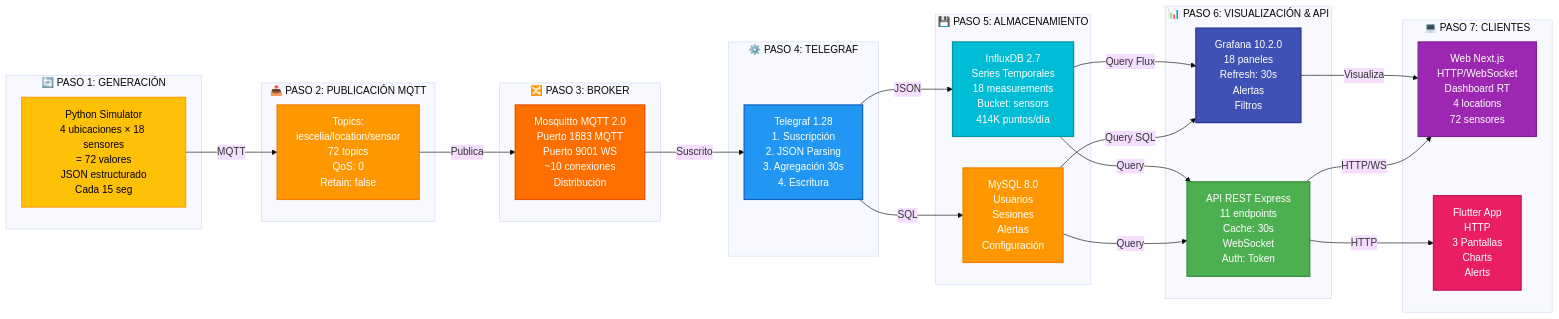
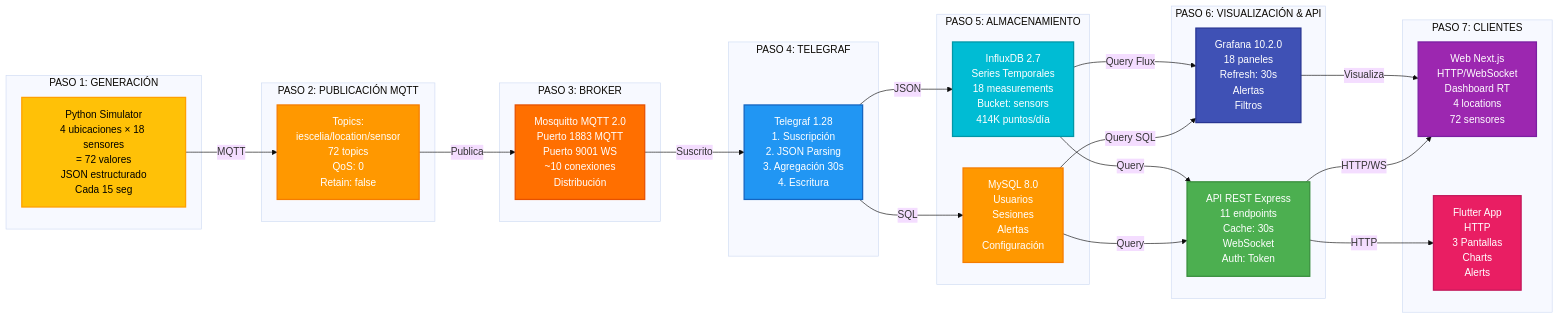
The second of 3 diagrams in documentacion/DOCUMENTACION-FINAL-PROYECTO-MEDUSSE-IoT.md (Fralopala2/medusse-show), drawn with Mermaid (base theme) before and after one commit. The commit also changed other lines of this file, not shown here.

Commit message:
fix: mejorar la presentación de diagramas en la documentación\n\n- Eliminar iconos de los títulos de los subgráficos para mayor claridad\n- Ajustar la redacción de los pasos en los diagramas de flujo\n- Simplificar la estructura de los diagramas para facilitar la comprensión

````diff
--- a/documentacion/DOCUMENTACION-FINAL-PROYECTO-MEDUSSE-IoT.md
+++ b/documentacion/DOCUMENTACION-FINAL-PROYECTO-MEDUSSE-IoT.md
@@ -1294,67 +1294,67 @@
 ```mermaid
 graph LR
-    subgraph P1["🔄 PASO 1: GENERACIÓN"]
+    subgraph P1["PASO 1: GENERACIÓN"]
         SIM["Python Simulator<br/>4 ubicaciones × 18 sensores<br/>= 72 valores<br/>JSON estructurado<br/>Cada 15 seg"]
         SIM:::generator
     end
     
-    subgraph P2["📤 PASO 2: PUBLICACIÓN MQTT"]
+    subgraph P2["PASO 2: PUBLICACIÓN MQTT"]
         PUB["Topics:<br/>iescelia/location/sensor<br/>72 topics<br/>QoS: 0<br/>Retain: false"]
         PUB:::mqtt
     end
     
-    subgraph P3["🔀 PASO 3: BROKER"]
+    subgraph P3["PASO 3: BROKER"]
         BROKER["Mosquitto MQTT 2.0<br/>Puerto 1883 MQTT<br/>Puerto 9001 WS<br/>~10 conexiones<br/>Distribución"]
         BROKER:::broker
     end
     
-    subgraph P4["⚙️ PASO 4: TELEGRAF"]
+    subgraph P4["PASO 4: TELEGRAF"]
         PARSE["Telegraf 1.28<br/>1. Suscripción<br/>2. JSON Parsing<br/>3. Agregación 30s<br/>4. Escritura"]
         PARSE:::telegraf
     end
     
-    subgraph P5["💾 PASO 5: ALMACENAMIENTO"]
+    subgraph P5["PASO 5: ALMACENAMIENTO"]
         INFLUX["InfluxDB 2.7<br/>Series Temporales<br/>18 measurements<br/>Bucket: sensors<br/>414K puntos/día"]
         MYSQL["MySQL 8.0<br/>Usuarios<br/>Sesiones<br/>Alertas<br/>Configuración"]
         INFLUX:::influx
         MYSQL:::mysql
     end
     
-    subgraph P6["📊 PASO 6: VISUALIZACIÓN & API"]
+    subgraph P6["PASO 6: VISUALIZACIÓN & API"]
         GRAFANA["Grafana 10.2.0<br/>18 paneles<br/>Refresh: 30s<br/>Alertas<br/>Filtros"]
         API["API REST Express<br/>11 endpoints<br/>Cache: 30s<br/>WebSocket<br/>Auth: Token"]
         GRAFANA:::grafana
         API:::api
     end
     
-    subgraph P7["💻 PASO 7: CLIENTES"]
+    subgraph P7["PASO 7: CLIENTES"]
         WEB["Web Next.js<br/>HTTP/WebSocket<br/>Dashboard RT<br/>4 locations<br/>72 sensores"]
         APP["Flutter App<br/>HTTP<br/>3 Pantallas<br/>Charts<br/>Alerts"]
         WEB:::web
         APP:::flutter
     end
     
     SIM -->|MQTT| PUB
     PUB -->|Publica| BROKER
     BROKER -->|Suscrito| PARSE
     PARSE -->|JSON| INFLUX
     PARSE -->|SQL| MYSQL
     INFLUX -->|Query Flux| GRAFANA
     MYSQL -->|Query SQL| GRAFANA
     INFLUX -->|Query| API
     MYSQL -->|Query| API
     GRAFANA -->|Visualiza| WEB
     API -->|HTTP/WS| WEB
     API -->|HTTP| APP
     
     classDef generator fill:#FFC107,stroke:#FFA000,color:#000,stroke-width:2px
     classDef mqtt fill:#FF9800,stroke:#F57C00,color:#fff,stroke-width:2px
     classDef broker fill:#FF6F00,stroke:#E65100,color:#fff,stroke-width:2px
     classDef telegraf fill:#2196F3,stroke:#1565C0,color:#fff,stroke-width:2px
     classDef influx fill:#00BCD4,stroke:#0097A7,color:#fff,stroke-width:2px
     classDef mysql fill:#FF9800,stroke:#F57C00,color:#fff,stroke-width:2px
     classDef grafana fill:#3F51B5,stroke:#283593,color:#fff,stroke-width:2px
     classDef api fill:#4CAF50,stroke:#388E3C,color:#fff,stroke-width:2px
     classDef web fill:#9C27B0,stroke:#7B1FA2,color:#fff,stroke-width:2px
     classDef flutter fill:#E91E63,stroke:#C2185B,color:#fff,stroke-width:2px
 ```
````
